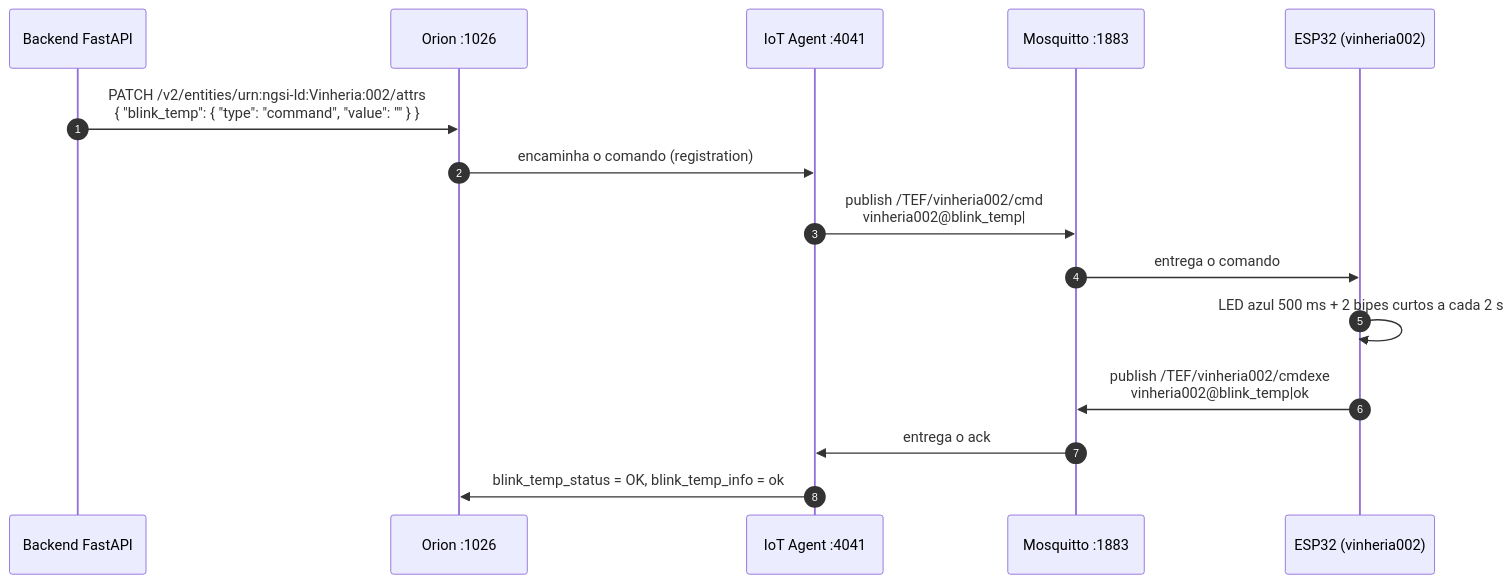
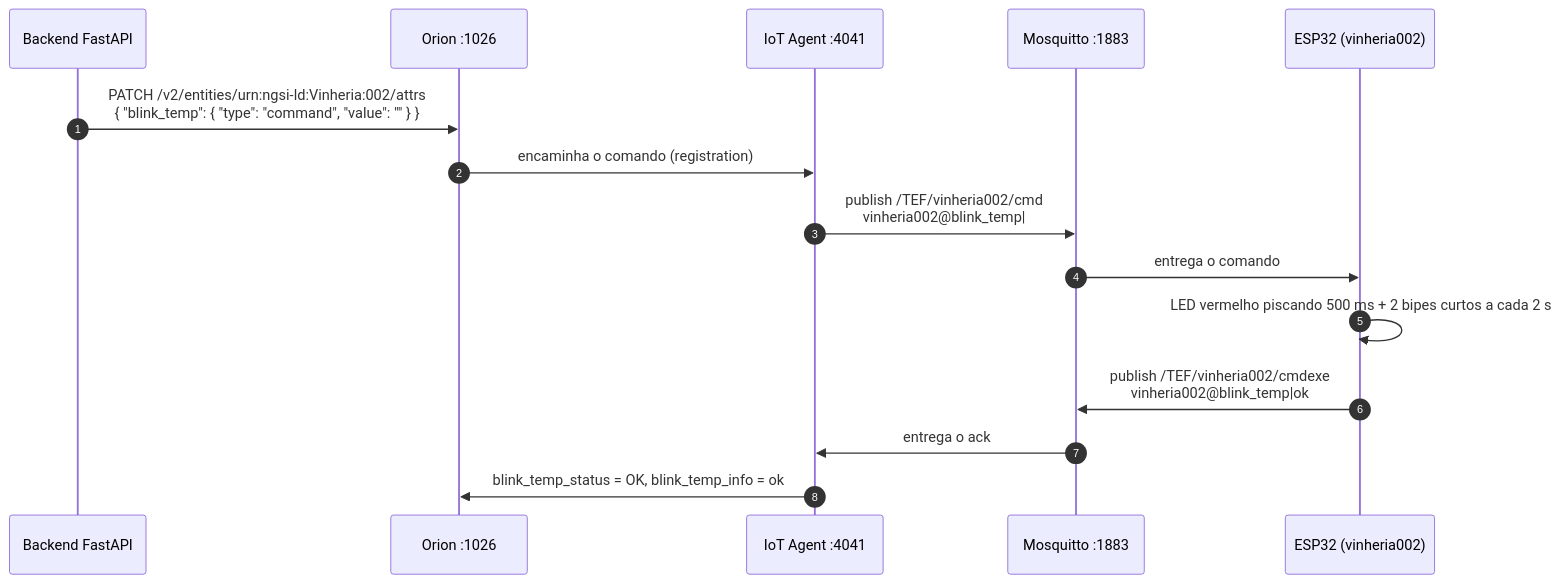
Before and after one commit to zackdevbr/Projeto-VinheriaFull: the third of 7 diagrams in docs/arquitetura.md, drawn with Mermaid. The commit also changed other lines of this file, not shown here.

Commit message:
docs: atualiza a arquitetura para o oled e o led rgb

````diff
--- a/docs/arquitetura.md
+++ b/docs/arquitetura.md
@@ -119,18 +119,18 @@
 ```mermaid
 sequenceDiagram
     autonumber
     participant BE as Backend FastAPI
     participant OR as Orion :1026
     participant IA as IoT Agent :4041
     participant MQ as Mosquitto :1883
     participant ESP as ESP32 (vinheria002)
 
     BE->>OR: PATCH /v2/entities/urn:ngsi-ld:Vinheria:002/attrs<br/>{ "blink_temp": { "type": "command", "value": "" } }
     OR->>IA: encaminha o comando (registration)
     IA->>MQ: publish /TEF/vinheria002/cmd<br/>vinheria002@blink_temp|
     MQ->>ESP: entrega o comando
-    ESP->>ESP: LED azul 500 ms + 2 bipes curtos a cada 2 s
+    ESP->>ESP: LED vermelho piscando 500 ms + 2 bipes curtos a cada 2 s
     ESP->>MQ: publish /TEF/vinheria002/cmdexe<br/>vinheria002@blink_temp|ok
     MQ->>IA: entrega o ack
     IA->>OR: blink_temp_status = OK, blink_temp_info = ok
 ```
````
